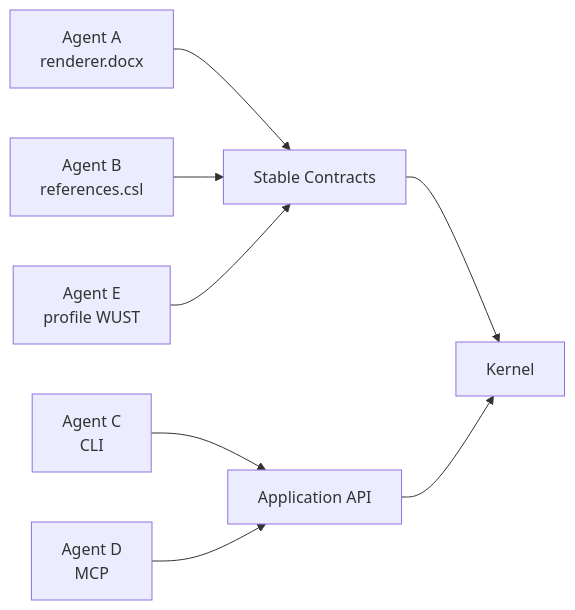
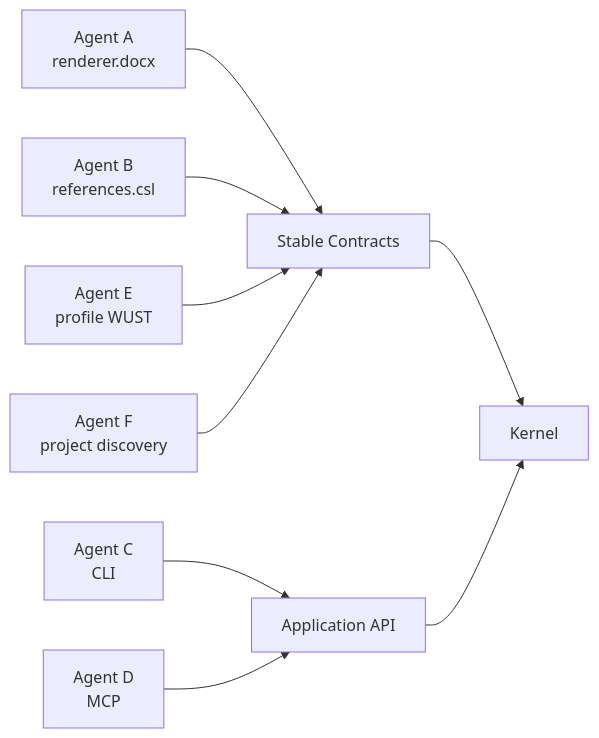
Before and after one commit to Crackovis/Mdforge: diagram 12 of 14 in _/agents/roaming/memory-diagrams/01-product-architecture/memory-diagram-mdforge-modular-agent-native-document-forge.md, drawn with Mermaid. The commit also changed other lines of this file, not shown here.

````diff
--- a/_/agents/roaming/memory-diagrams/01-product-architecture/memory-diagram-mdforge-modular-agent-native-document-forge.md
+++ b/_/agents/roaming/memory-diagrams/01-product-architecture/memory-diagram-mdforge-modular-agent-native-document-forge.md
@@ -724,11 +896,12 @@
 ```mermaid
 flowchart LR
     A1["Agent A<br/>renderer.docx"] --> CT["Stable Contracts"]
     A2["Agent B<br/>references.csl"] --> CT
     A3["Agent C<br/>CLI"] --> API["Application API"]
     A4["Agent D<br/>MCP"] --> API
     A5["Agent E<br/>profile WUST"] --> CT
+    A6["Agent F<br/>project discovery"] --> CT
 
     CT --> K["Kernel"]
     API --> K
 ```
````
